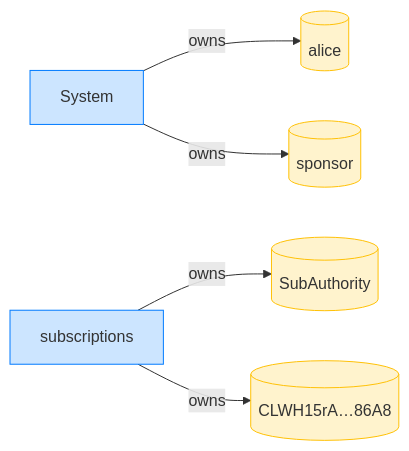
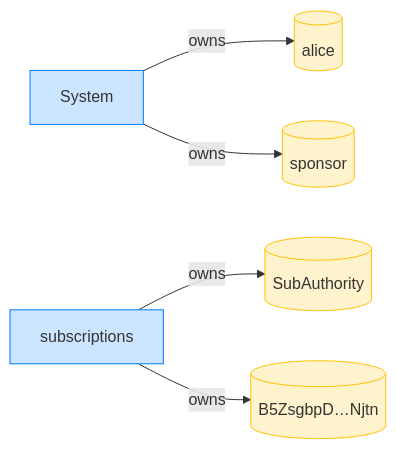
One commit to cds-rs/subscriptions changed the eighth of 12 diagrams in dsl_tests/a-sponsor-cannot-revoke-within-the-drift-window.md. Above: the diagram before and after it, drawn with Mermaid. The commit also changed other lines of this file and 224 other files, not shown here.

````diff
--- a/dsl_tests/a-sponsor-cannot-revoke-within-the-drift-window.md
+++ b/dsl_tests/a-sponsor-cannot-revoke-within-the-drift-window.md
@@ -150,15 +158,15 @@
 ```mermaid
 flowchart LR
     classDef owner fill:#cce5ff,stroke:#007bff;
     classDef account fill:#fff3cd,stroke:#ffc107;
     System[System]:::owner
     alice[(alice)]:::account
     subscriptions[subscriptions]:::owner
     SubAuthority[(SubAuthority)]:::account
-    CLWH15rA_86A8[("CLWH15rA…86A8")]:::account
+    B5ZsgbpD_Njtn[("B5ZsgbpD…Njtn")]:::account
     sponsor[(sponsor)]:::account
     System -->|owns| alice
     subscriptions -->|owns| SubAuthority
-    subscriptions -->|owns| CLWH15rA_86A8
+    subscriptions -->|owns| B5ZsgbpD_Njtn
     System -->|owns| sponsor
 ```
````
